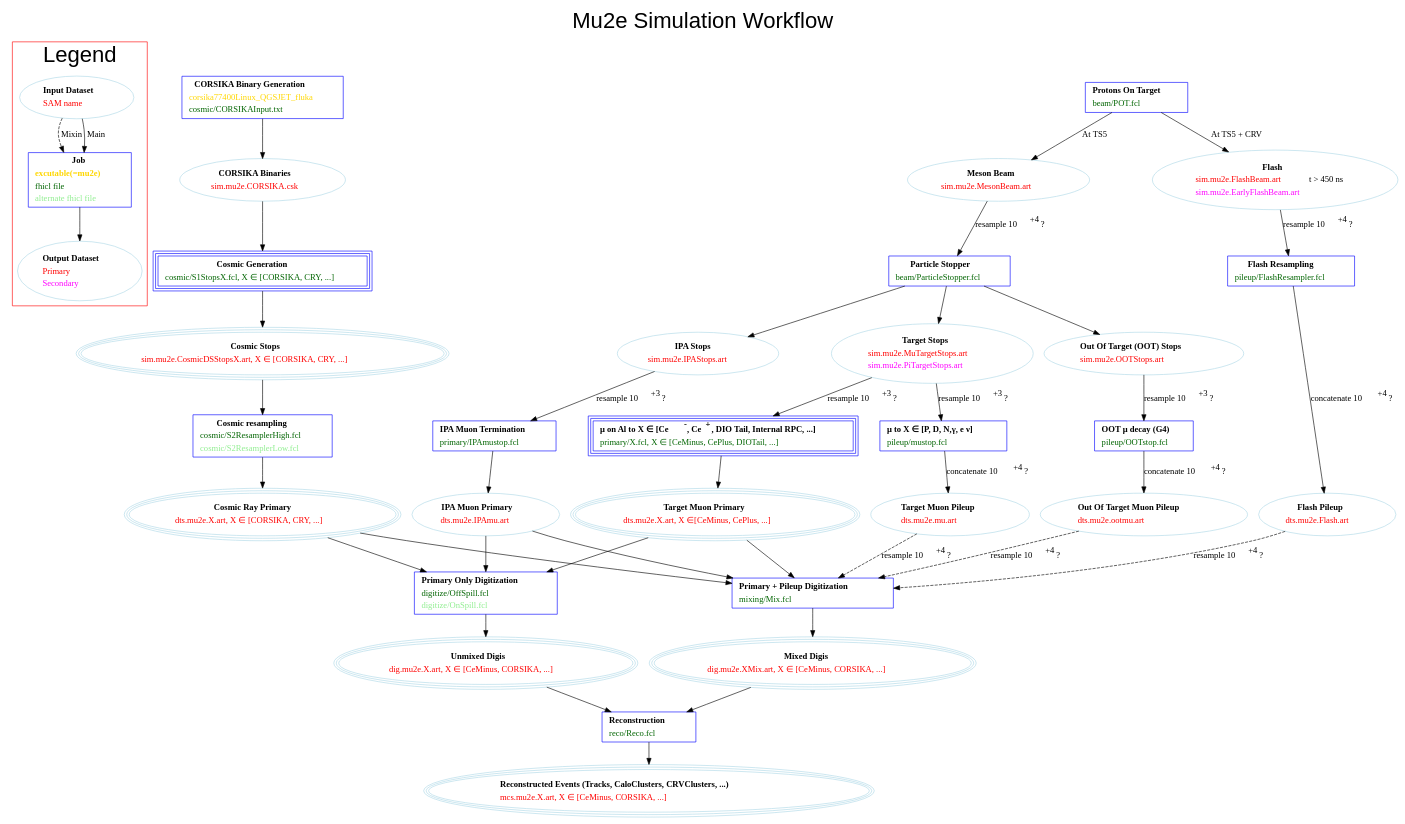
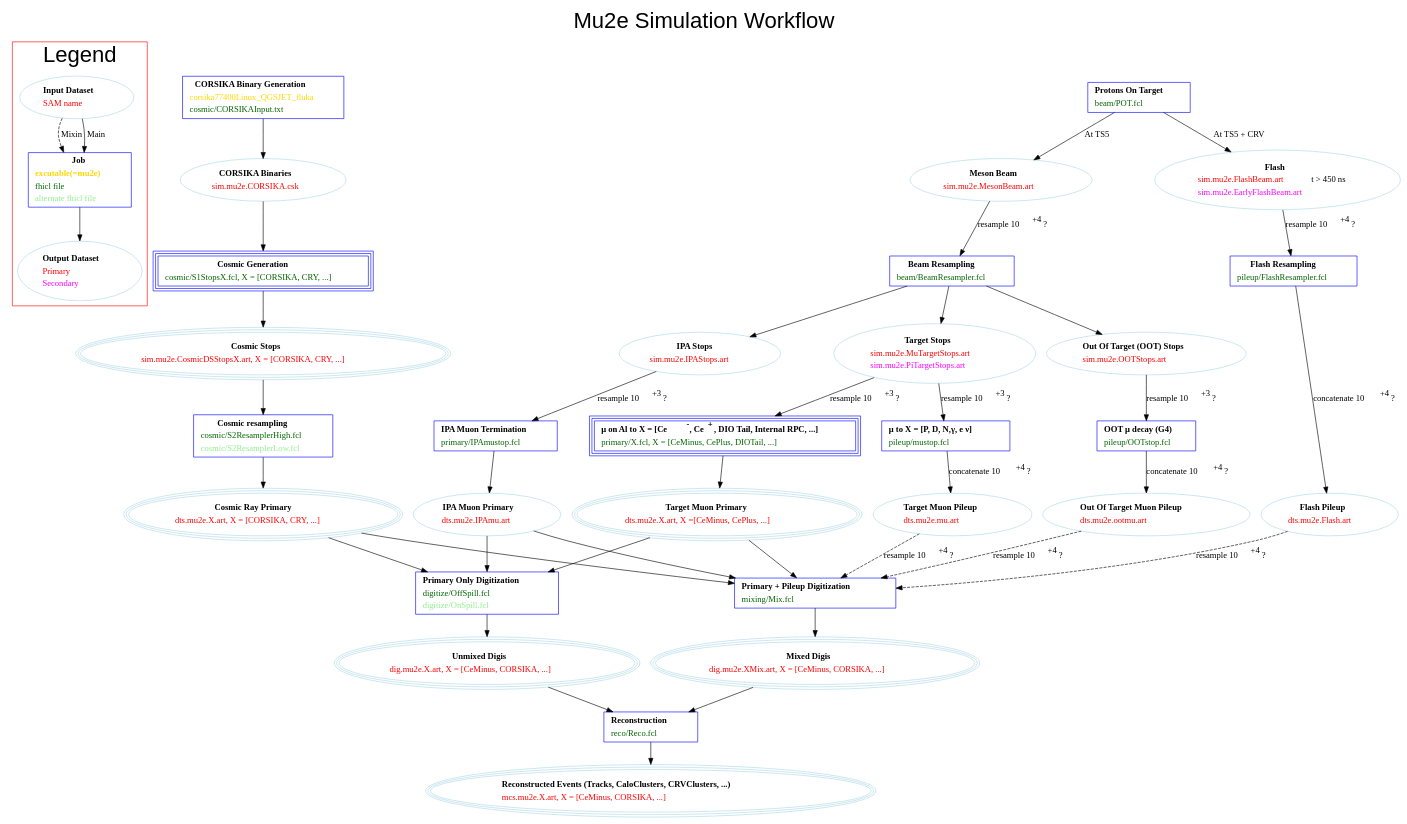
The diagram in JobConfig/doc/SimulationWorkflow.dot (Mu2e/Offline), drawn with Graphviz before and after one commit. The commit also changed 2 other files, not shown here.

```diff
--- a/JobConfig/doc/SimulationWorkflow.dot
+++ b/JobConfig/doc/SimulationWorkflow.dot
@@ -72,8 +72,8 @@
 
     StopPositionResampling [shape=box,color=blue,
 			   label=<<table border="0" cellborder="0" cellspacing="1">
-			     <tr><td align="center"><b>Particle Stopper</b></td></tr>
-			     <tr><td align="left"><font color="darkgreen">beam/ParticleStopper.fcl</font></td></tr>
+			     <tr><td align="center"><b>Beam Resampling</b></td></tr>
+			     <tr><td align="left"><font color="darkgreen">beam/BeamResampler.fcl</font></td></tr>
 			     </table>>];
 
     Beam -> StopPositionResampling [ label=<resample 10<sup>+4</sup>?> ];
@@ -112,13 +112,13 @@
 
     PrimaryMuonTerm [shape=box, peripheries=3, color=blue,
 		    label=<<table border="0" cellborder="0" cellspacing="1">
-		      <tr><td align="center"><b>&mu; on Al to X &isin; [Ce<sup>-</sup>, Ce<sup>+</sup>, DIO Tail, Internal RPC, ...] </b></td></tr>
-		      <tr><td align="left"><font color="darkgreen">primary/X.fcl, X &isin; [CeMinus, CePlus, DIOTail, ...]</font></td></tr>
+		      <tr><td align="center"><b>&mu; on Al to X = [Ce<sup>-</sup>, Ce<sup>+</sup>, DIO Tail, Internal RPC, ...] </b></td></tr>
+		      <tr><td align="left"><font color="darkgreen">primary/X.fcl, X = [CeMinus, CePlus, DIOTail, ...]</font></td></tr>
 		      </table>>];
 
     PileupMuonTerm [shape=box,color=blue,
 		       label=<<table border="0" cellborder="0" cellspacing="1">
-			 <tr><td align="center"><b>&mu; to X &isin; [P, D, N,&gamma;, e &nu;]  </b></td></tr>
+			 <tr><td align="center"><b>&mu; to X = [P, D, N,&gamma;, e &nu;]  </b></td></tr>
 			 <tr><td align="left"><font color="darkgreen">pileup/mustop.fcl</font></td></tr>
 			 </table>>];
 
@@ -156,7 +156,7 @@
     CosmicGenerator [shape=box, peripheries=3, color=blue,
 		    label=<<table border="0" cellborder="0" cellspacing="1">
 		      <tr><td align="center"><b>Cosmic Generation</b></td></tr>
-		      <tr><td align="left"><font color="darkgreen">cosmic/S1StopsX.fcl, X &isin; [CORSIKA, CRY, ...]</font></td></tr>
+		      <tr><td align="left"><font color="darkgreen">cosmic/S1StopsX.fcl, X = [CORSIKA, CRY, ...]</font></td></tr>
 		      </table>>];
 
     CORSIKAOutput -> CosmicGenerator;
@@ -164,7 +164,7 @@
     CosmicStage1Output [shape=oval, peripheries=3, color=lightblue,
 		  label=<<table border="0" cellborder="0" cellspacing="1">
 		    <tr><td align="center"><b>Cosmic Stops</b></td></tr>
-		    <tr><td align="left"><font color="red">sim.mu2e.CosmicDSStopsX.art, X &isin; [CORSIKA, CRY, ...]</font></td></tr>
+		    <tr><td align="left"><font color="red">sim.mu2e.CosmicDSStopsX.art, X = [CORSIKA, CRY, ...]</font></td></tr>
 		    </table>>];
 
     CosmicGenerator -> CosmicStage1Output;
@@ -181,7 +181,7 @@
     CosmicPrimary [shape=oval, peripheries=3, color=lightblue,
 		  label=<<table border="0" cellborder="0" cellspacing="1">
 		    <tr><td align="center"><b>Cosmic Ray Primary</b></td></tr>
-		    <tr><td align="left"><font color="red">dts.mu2e.X.art, X &isin; [CORSIKA, CRY, ...]</font></td></tr>
+		    <tr><td align="left"><font color="red">dts.mu2e.X.art, X = [CORSIKA, CRY, ...]</font></td></tr>
 		    </table>>];
 
     IPAPrimary [shape=oval, color=lightblue,
@@ -193,7 +193,7 @@
     MuonPrimary [shape=oval, peripheries=3, color=lightblue,
 		label=<<table border="0" cellborder="0" cellspacing="1">
 		  <tr><td align="center"><b>Target Muon Primary</b></td></tr>
-		  <tr><td align="left"><font color="red">dts.mu2e.X.art, X &isin;[CeMinus, CePlus, ...] </font></td></tr>
+		  <tr><td align="left"><font color="red">dts.mu2e.X.art, X =[CeMinus, CePlus, ...] </font></td></tr>
 		  </table>>];
 
     CosmicStage2 -> CosmicPrimary;
@@ -204,7 +204,7 @@
     CosmicPrimary [shape=oval, peripheries=3, color=lightblue,
 		  label=<<table border="0" cellborder="0" cellspacing="1">
 		    <tr><td align="center"><b>Cosmic Ray Primary</b></td></tr>
-		    <tr><td align="left"><font color="red">dts.mu2e.X.art, X &isin; [CORSIKA, CRY, ...] </font></td></tr>
+		    <tr><td align="left"><font color="red">dts.mu2e.X.art, X = [CORSIKA, CRY, ...] </font></td></tr>
 		    </table>>];
 
     TargetMuonPileup [shape=oval, color=lightblue,
@@ -250,13 +250,13 @@
     UnmixedDigis [shape=oval, peripheries=3, color=lightblue,
 		 label=<<table border="0" cellborder="0" cellspacing="1">
 		   <tr><td align="center"><b>Unmixed Digis</b></td></tr>
-		   <tr><td align="left"><font color="red">dig.mu2e.X.art, X &isin; [CeMinus, CORSIKA, ...]</font></td></tr>
+		   <tr><td align="left"><font color="red">dig.mu2e.X.art, X = [CeMinus, CORSIKA, ...]</font></td></tr>
 		   </table>>];
 
     MixedDigis [shape=oval, peripheries=3, color=lightblue,
 	       label=<<table border="0" cellborder="0" cellspacing="1">
 		 <tr><td align="center"><b>Mixed Digis</b></td></tr>
-		 <tr><td align="left"><font color="red">dig.mu2e.XMix.art, X &isin; [CeMinus, CORSIKA, ...]</font></td></tr>
+		 <tr><td align="left"><font color="red">dig.mu2e.XMix.art, X = [CeMinus, CORSIKA, ...]</font></td></tr>
 		 </table>>];
 
     NomixDigitization -> UnmixedDigis;
@@ -273,7 +273,7 @@
     Reco [shape=oval, color=lightblue, peripheries=3
 	 label=<<table border="0" cellborder="0" cellspacing="1">
 	   <tr><td align="center"><b>Reconstructed Events (Tracks, CaloClusters, CRVClusters, ...)</b></td></tr>
-	   <tr><td align="left"><font color="red">mcs.mu2e.X.art, X &isin; [CeMinus, CORSIKA, ...]</font></td></tr>
+	   <tr><td align="left"><font color="red">mcs.mu2e.X.art, X = [CeMinus, CORSIKA, ...]</font></td></tr>
 	   </table>>];
 
     MixedDigis -> Reconstruction
```
